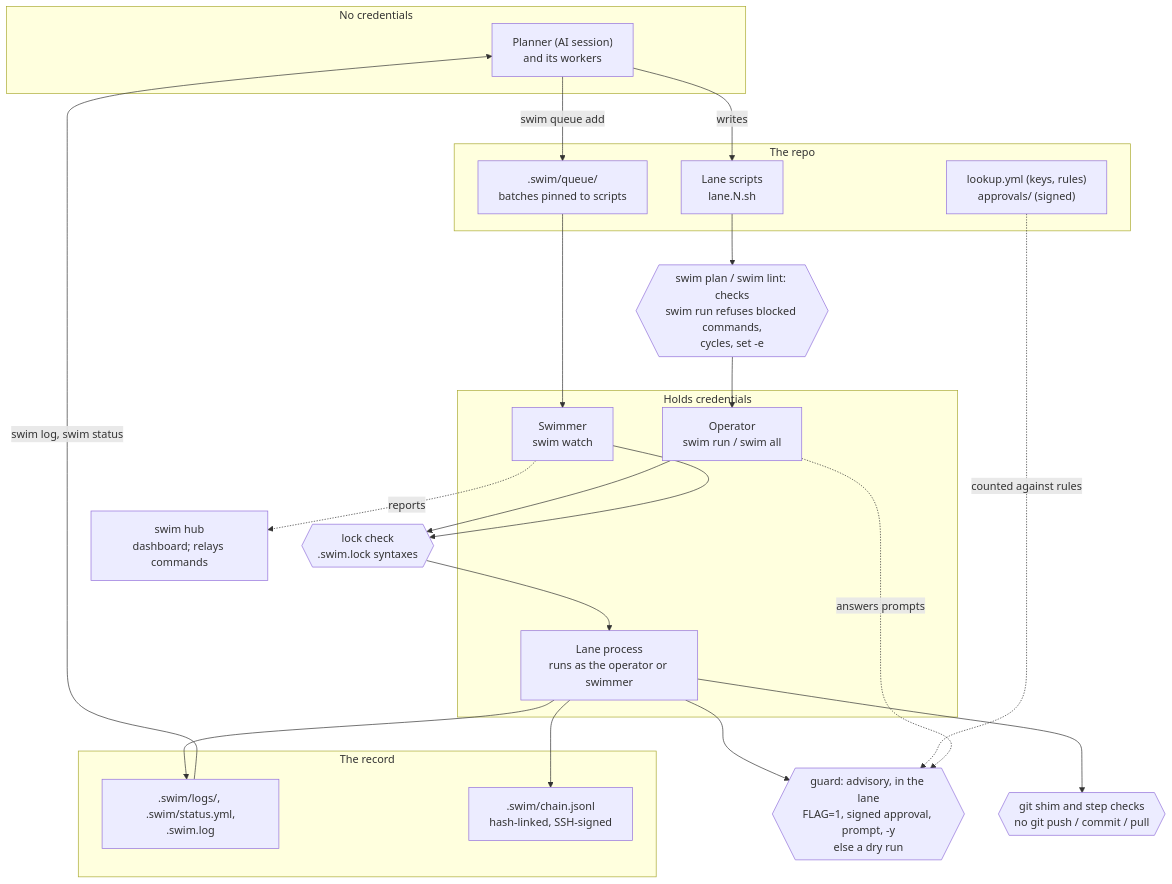
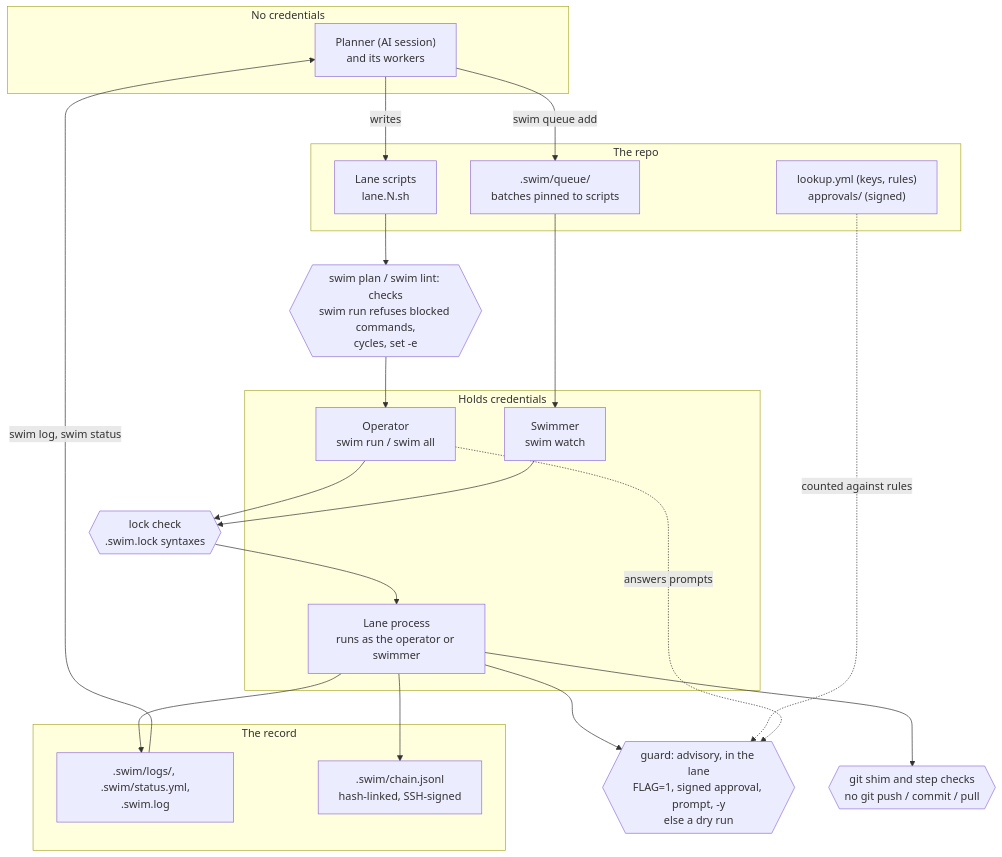
One commit to gates-brightly/swimlane changed the diagram in README.md. Above: the diagram before and after it, drawn with Mermaid. The commit also changed other lines of this file and 139 other files, not shown here.

````diff
--- a/README.md
+++ b/README.md
@@ -213,38 +212,36 @@
 ```mermaid
 flowchart TD
   subgraph nocreds["No credentials"]
     P["Planner (AI session)<br/>and its workers"]
   end
   subgraph repo["The repo"]
     L["Lane scripts<br/>lane.N.sh"]
     K["lookup.yml (keys, rules)<br/>approvals/ (signed)"]
     Q[".swim/queue/<br/>batches pinned to scripts"]
   end
   subgraph creds["Holds credentials"]
     O["Operator<br/>swim run / swim all"]
     W["Swimmer<br/>swim watch"]
     X["Lane process<br/>runs as the operator or swimmer"]
   end
   subgraph record["The record"]
     S[".swim/logs/, .swim/status.yml,<br/>.swim.log"]
     C[".swim/chain.jsonl<br/>hash-linked, SSH-signed"]
   end
-  H["swim hub<br/>dashboard; relays commands"]
 
   P -->|writes| L
   P -->|swim queue add| Q
   L --> PL{{"swim plan / swim lint: checks<br/>swim run refuses blocked commands,<br/>cycles, set -e"}}
   PL --> O
   Q --> W
   O --> LK{{"lock check<br/>.swim.lock syntaxes"}}
   W --> LK
   LK --> X
   X --> G{{"guard: advisory, in the lane<br/>FLAG=1, signed approval, prompt, -y<br/>else a dry run"}}
   K -.->|counted against rules| G
   O -.->|answers prompts| G
   X --> SH{{"git shim and step checks<br/>no git push / commit / pull"}}
   X --> S
   X --> C
   S -->|swim log, swim status| P
-  W -.->|reports| H
 ```
````
